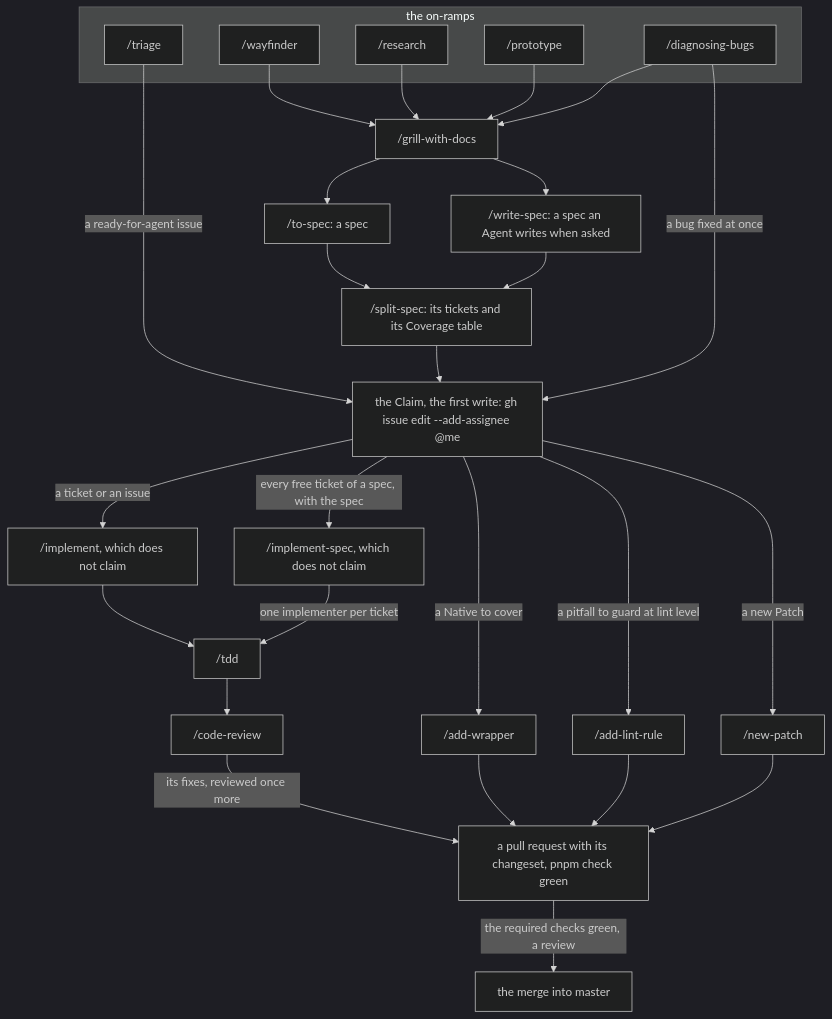
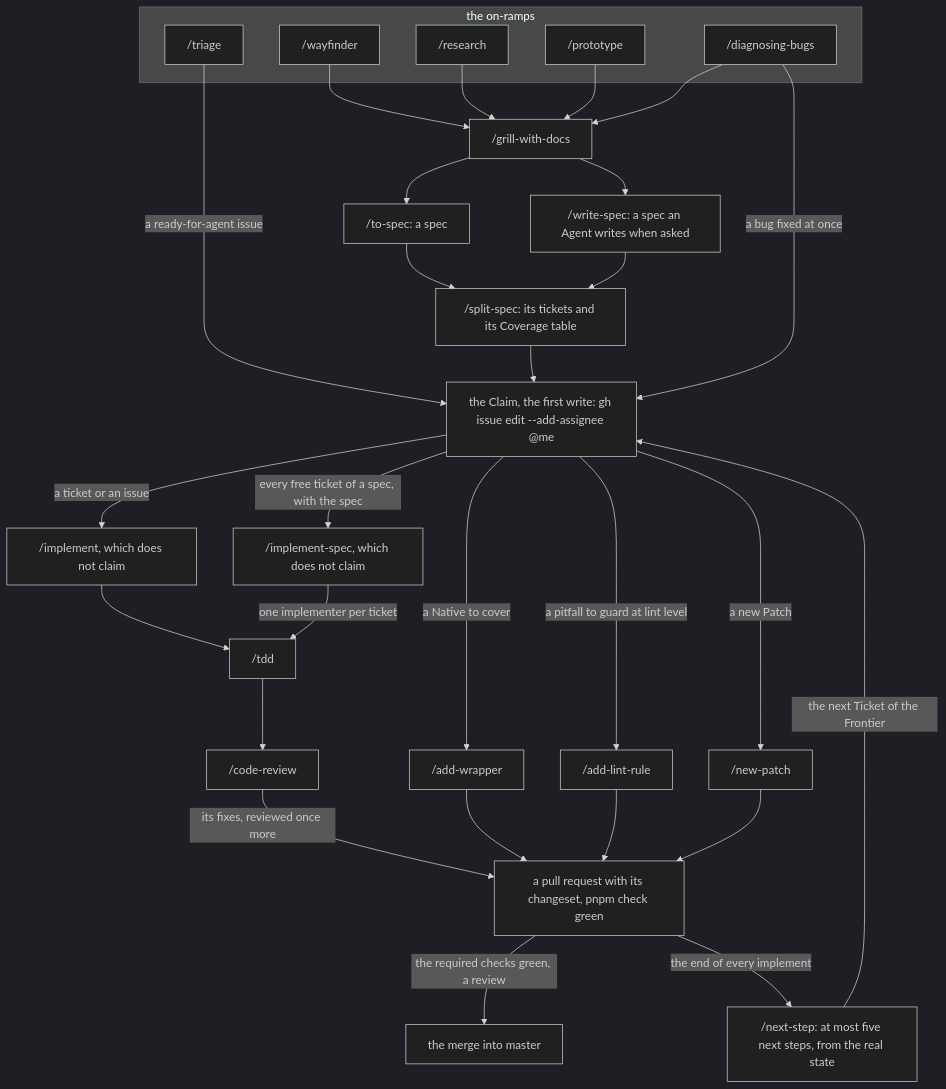
One commit to phmilk/reforged-ts changed the diagram in docs/agents/development-loop.md. Above: the diagram before and after it, drawn with Mermaid (dark theme). The commit also changed other lines of this file and 8 other files, not shown here.

First line of the commit message:
feat(skills): next-step ends every implement with its next steps (#745)

````diff
--- a/docs/agents/development-loop.md
+++ b/docs/agents/development-loop.md
@@ -76,51 +76,54 @@
 ```mermaid
 flowchart TD
   %% diagram: development-loop
   %% covers: skills
   subgraph on_ramps["the on-ramps"]
     triage["/triage"]
     wayfinder["/wayfinder"]
     research["/research"]
     prototype["/prototype"]
     diagnosing_bugs["/diagnosing-bugs"]
   end
   grill_with_docs["/grill-with-docs"]
   to_spec["/to-spec: a spec"]
   write_spec["/write-spec: a spec an Agent writes when asked"]
   split_spec["/split-spec: its tickets and its Coverage table"]
   claim["the Claim, the first write: gh issue edit --add-assignee @me"]
   implement["/implement, which does not claim"]
   implement_spec["/implement-spec, which does not claim"]
   tdd["/tdd"]
   code_review["/code-review"]
+  next_step["/next-step: at most five next steps, from the real state"]
   add_wrapper["/add-wrapper"]
   add_lint_rule["/add-lint-rule"]
   new_patch["/new-patch"]
   pull_request["a pull request with its changeset, pnpm check green"]
   merge["the merge into master"]
 
   wayfinder --> grill_with_docs
   research --> grill_with_docs
   prototype --> grill_with_docs
   diagnosing_bugs --> grill_with_docs
   triage -->|"a ready-for-agent issue"| claim
   diagnosing_bugs -->|"a bug fixed at once"| claim
   grill_with_docs --> to_spec
   grill_with_docs --> write_spec
   to_spec --> split_spec
   write_spec --> split_spec
   split_spec --> claim
   claim -->|"a ticket or an issue"| implement
   claim -->|"every free ticket of a spec, with the spec"| implement_spec
   claim -->|"a Native to cover"| add_wrapper
   claim -->|"a pitfall to guard at lint level"| add_lint_rule
   claim -->|"a new Patch"| new_patch
   implement --> tdd
   implement_spec -->|"one implementer per ticket"| tdd
   tdd --> code_review
   code_review -->|"its fixes, reviewed once more"| pull_request
   add_wrapper --> pull_request
   add_lint_rule --> pull_request
   new_patch --> pull_request
   pull_request -->|"the required checks green, a review"| merge
+  pull_request -->|"the end of every implement"| next_step
+  next_step -->|"the next Ticket of the Frontier"| claim
 ```
````
